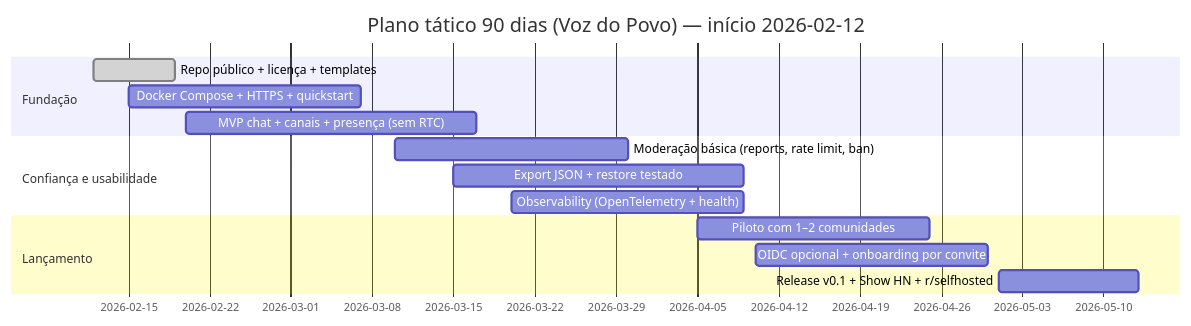
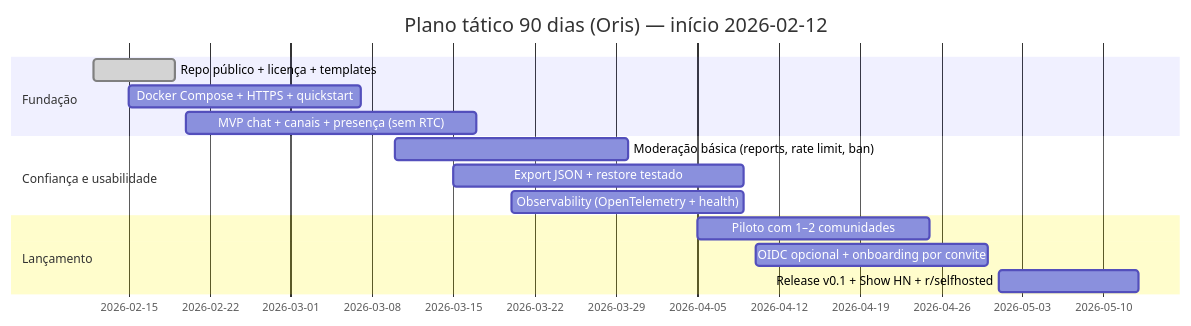
Before and after one commit to gabcmelo/oris: the diagram in docs/gpt-researchs/Mapeamento de projetos e canais para orientar.md, drawn with Mermaid. The commit also changed other lines of this file and 41 other files, not shown here.

````diff
--- a/docs/gpt-researchs/Mapeamento de projetos e canais para orientar.md
+++ b/docs/gpt-researchs/Mapeamento de projetos e canais para orientar.md
@@ -120,17 +120,17 @@
 ```mermaid
 gantt
-    title Plano tático 90 dias (Voz do Povo) — início 2026-02-12
+    title Plano tático 90 dias (Oris) — início 2026-02-12
     dateFormat  YYYY-MM-DD
     section Fundação
     Repo público + licença + templates            :done, a1, 2026-02-12, 7d
     Docker Compose + HTTPS + quickstart          :a2, 2026-02-15, 20d
     MVP chat + canais + presença (sem RTC)       :a3, 2026-02-20, 25d
     section Confiança e usabilidade
     Moderação básica (reports, rate limit, ban)  :b1, 2026-03-10, 20d
     Export JSON + restore testado                :b2, 2026-03-15, 25d
     Observability (OpenTelemetry + health)       :b3, 2026-03-20, 20d
     section Lançamento
     Piloto com 1–2 comunidades                   :c1, 2026-04-05, 20d
     OIDC opcional + onboarding por convite       :c2, 2026-04-10, 20d
     Release v0.1 + Show HN + r/selfhosted        :c3, 2026-05-01, 12d
 ```
````
